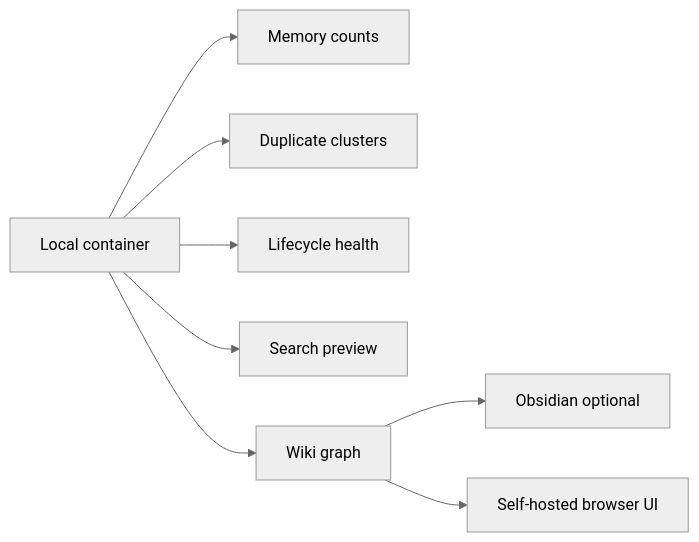
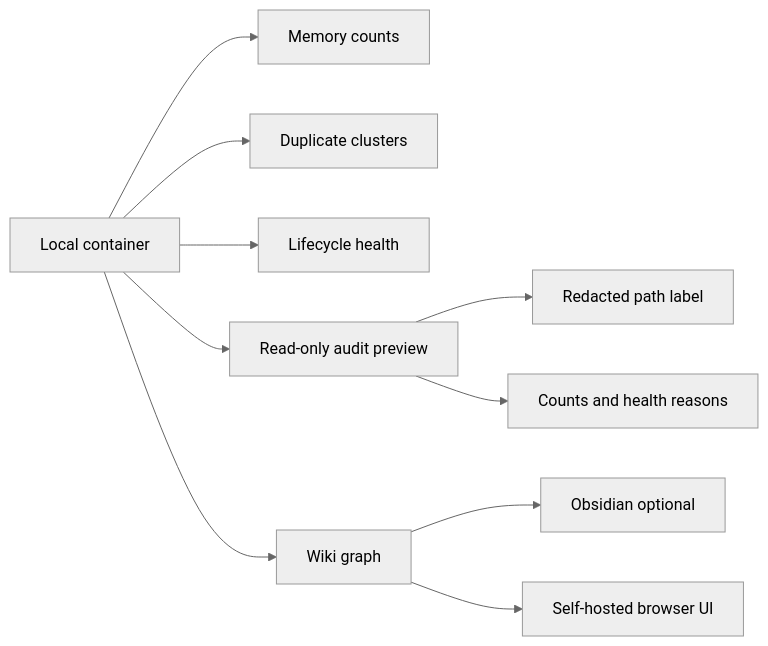
One commit to radbroradbro/selfmem-agent-memory changed the fourth of 4 diagrams in docs/VISUAL_GUIDE.md. Above: the diagram before and after it, drawn with Mermaid (neutral theme). The commit also changed other lines of this file and 2 other files, not shown here.

Commit message:
docs: clarify selected audit usage

````diff
--- a/docs/VISUAL_GUIDE.md
+++ b/docs/VISUAL_GUIDE.md
@@ -56,10 +57,12 @@
 ```mermaid
 flowchart LR
   A["Local container"] --> B["Memory counts"]
   A --> C["Duplicate clusters"]
   A --> D["Lifecycle health"]
-  A --> E["Search preview"]
+  A --> E["Read-only audit preview"]
   A --> F["Wiki graph"]
-  F --> G["Obsidian optional"]
-  F --> H["Self-hosted browser UI"]
+  E --> G["Redacted path label"]
+  E --> H["Counts and health reasons"]
+  F --> I["Obsidian optional"]
+  F --> J["Self-hosted browser UI"]
 ```
````
